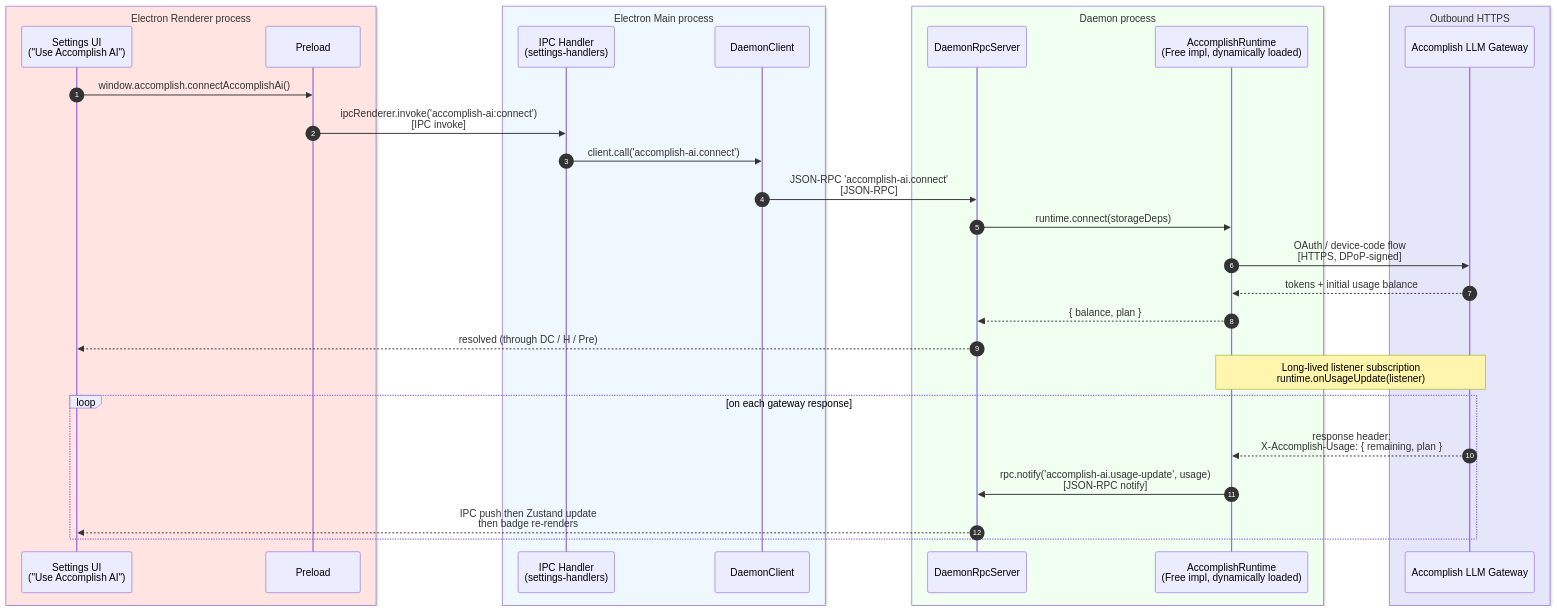
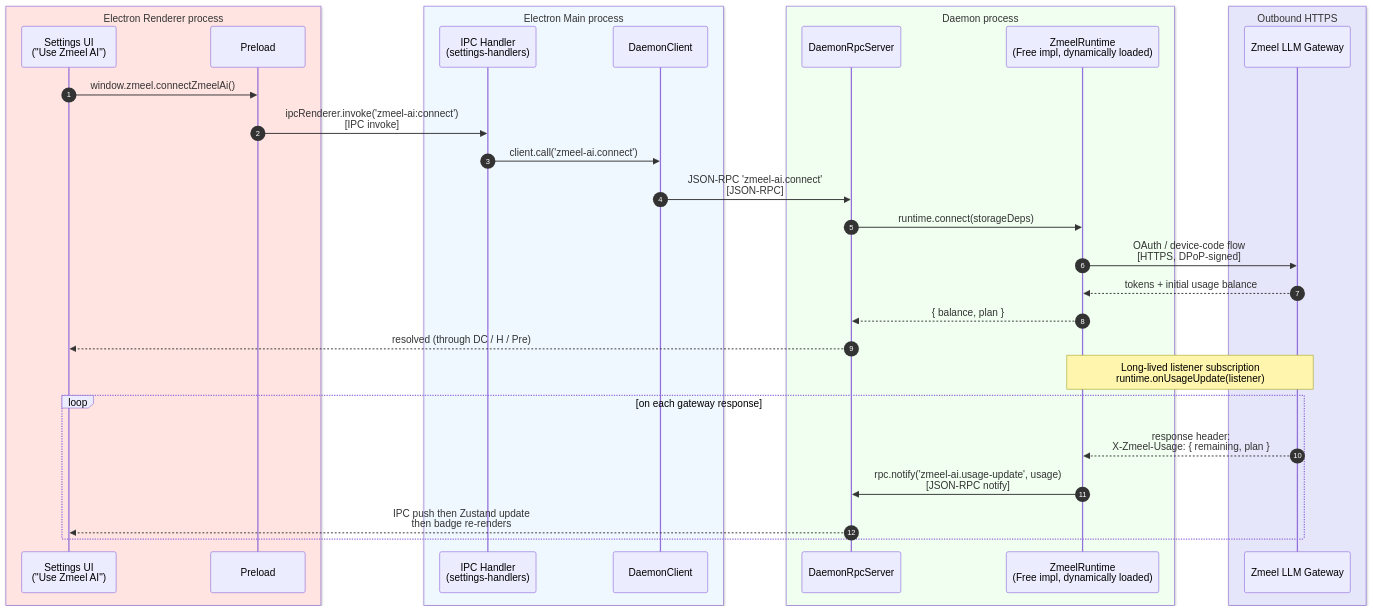
One commit to samskipsai/zmeelv60 changed the ninth of 10 diagrams in docs/functional-sequence-diagrams.md. Above: the diagram before and after it, drawn with Mermaid. The commit also changed other lines of this file and 520 other files, not shown here.

First line of the commit message:
rebrand: Accomplish -> Zmeel Desktop

````diff
--- a/docs/functional-sequence-diagrams.md
+++ b/docs/functional-sequence-diagrams.md
@@ -354,37 +354,37 @@
 ```mermaid
 sequenceDiagram
     autonumber
     box mistyrose Electron Renderer process
-      participant UI as Settings UI<br/>("Use Accomplish AI")
+      participant UI as Settings UI<br/>("Use Zmeel AI")
       participant Pre as Preload
     end
     box aliceblue Electron Main process
       participant H as IPC Handler<br/>(settings-handlers)
       participant DC as DaemonClient
     end
     box honeydew Daemon process
       participant RPC as DaemonRpcServer
-      participant RT as AccomplishRuntime<br/>(Free impl, dynamically loaded)
+      participant RT as ZmeelRuntime<br/>(Free impl, dynamically loaded)
     end
     box lavender Outbound HTTPS
-      participant GW as Accomplish LLM Gateway
+      participant GW as Zmeel LLM Gateway
     end
 
-    UI->>Pre: window.accomplish.connectAccomplishAi()
-    Pre->>H: ipcRenderer.invoke('accomplish-ai:connect')<br/>[IPC invoke]
-    H->>DC: client.call('accomplish-ai.connect')
-    DC->>RPC: JSON-RPC 'accomplish-ai.connect'<br/>[JSON-RPC]
+    UI->>Pre: window.zmeel.connectZmeelAi()
+    Pre->>H: ipcRenderer.invoke('zmeel-ai:connect')<br/>[IPC invoke]
+    H->>DC: client.call('zmeel-ai.connect')
+    DC->>RPC: JSON-RPC 'zmeel-ai.connect'<br/>[JSON-RPC]
     RPC->>RT: runtime.connect(storageDeps)
     RT->>GW: OAuth / device-code flow<br/>[HTTPS, DPoP-signed]
     GW-->>RT: tokens + initial usage balance
     RT-->>RPC: { balance, plan }
     RPC-->>UI: resolved (through DC / H / Pre)
 
     Note over RT,GW: Long-lived listener subscription<br/>runtime.onUsageUpdate(listener)
 
     loop on each gateway response
-      GW-->>RT: response header:<br/>X-Accomplish-Usage: { remaining, plan }
-      RT->>RPC: rpc.notify('accomplish-ai.usage-update', usage)<br/>[JSON-RPC notify]
+      GW-->>RT: response header:<br/>X-Zmeel-Usage: { remaining, plan }
+      RT->>RPC: rpc.notify('zmeel-ai.usage-update', usage)<br/>[JSON-RPC notify]
       RPC-->>UI: IPC push then Zustand update<br/>then badge re-renders
     end
 ```
````
